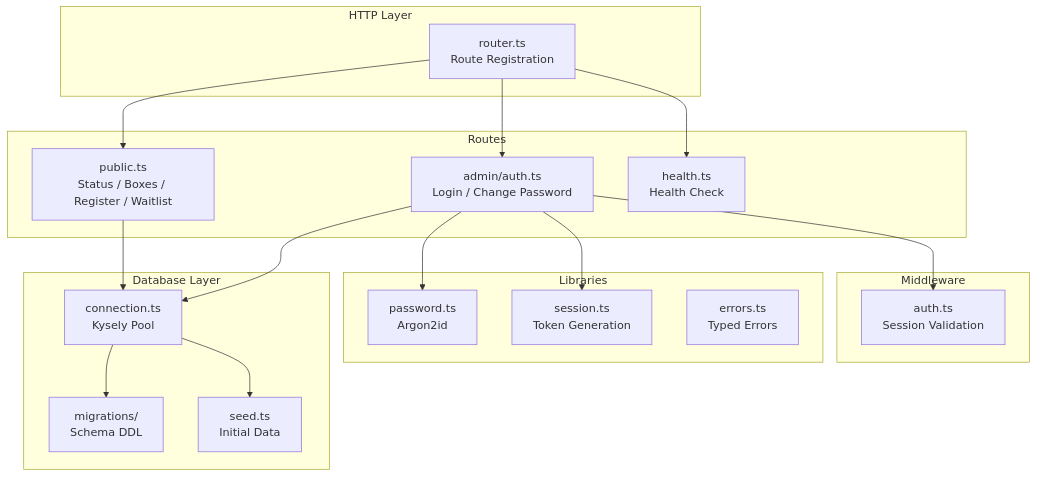
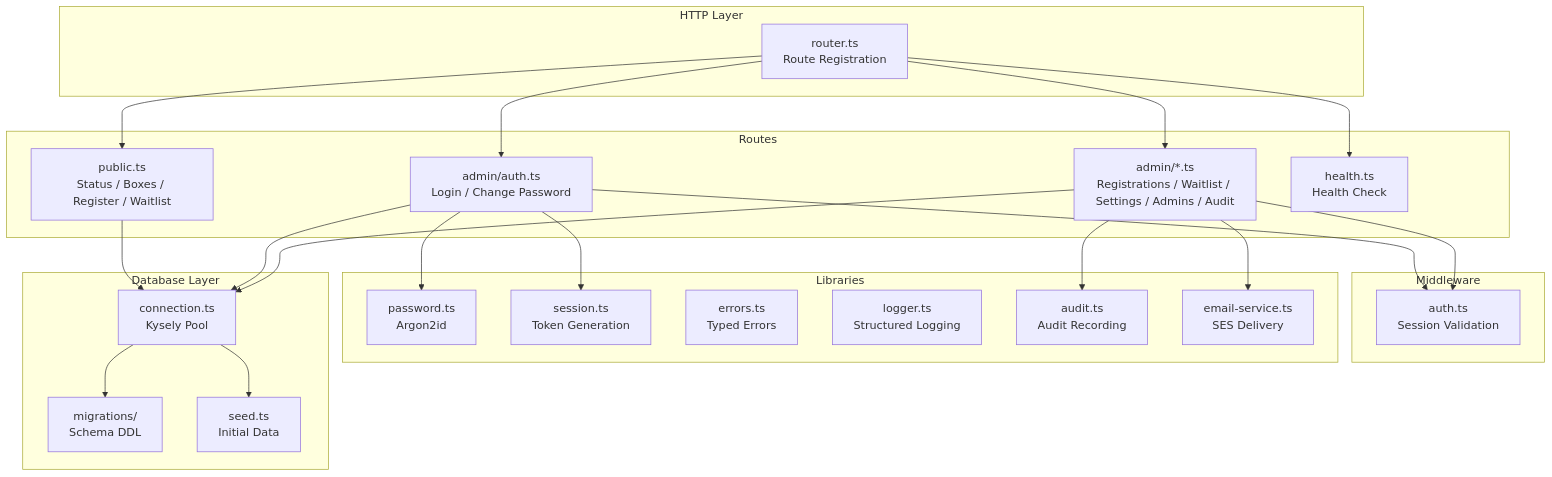
One commit to ammonlarson/greenspace changed the third of 6 diagrams in docs/architecture.md. Above: the diagram before and after it, drawn with Mermaid. The commit also changed other lines of this file and 4 other files, not shown here.

````diff
--- a/docs/architecture.md
+++ b/docs/architecture.md
@@ -97,39 +97,48 @@
 ```mermaid
 graph TB
     subgraph "HTTP Layer"
         ROUTER[router.ts<br/>Route Registration]
     end
 
     subgraph "Routes"
         PUB[public.ts<br/>Status / Boxes / Register / Waitlist]
         AUTH[admin/auth.ts<br/>Login / Change Password]
+        ADMIN[admin/*.ts<br/>Registrations / Waitlist / Settings / Admins / Audit]
         HEALTH[health.ts<br/>Health Check]
     end
 
     subgraph "Middleware"
         AUTHMW[auth.ts<br/>Session Validation]
     end
 
     subgraph "Libraries"
         PWD[password.ts<br/>Argon2id]
         SESS[session.ts<br/>Token Generation]
         ERR[errors.ts<br/>Typed Errors]
+        LOG[logger.ts<br/>Structured Logging]
+        AUD[audit.ts<br/>Audit Recording]
+        EMAIL[email-service.ts<br/>SES Delivery]
     end
 
     subgraph "Database Layer"
         CONN[connection.ts<br/>Kysely Pool]
         MIG[migrations/<br/>Schema DDL]
         SEED[seed.ts<br/>Initial Data]
     end
 
     ROUTER --> PUB
     ROUTER --> AUTH
+    ROUTER --> ADMIN
     ROUTER --> HEALTH
     AUTH --> AUTHMW
+    ADMIN --> AUTHMW
     AUTH --> PWD
     AUTH --> SESS
+    ADMIN --> AUD
+    ADMIN --> EMAIL
     PUB --> CONN
     AUTH --> CONN
+    ADMIN --> CONN
     CONN --> MIG
     CONN --> SEED
 ```
````
